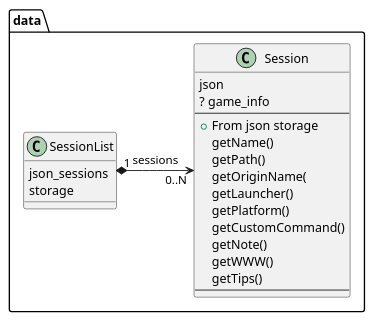
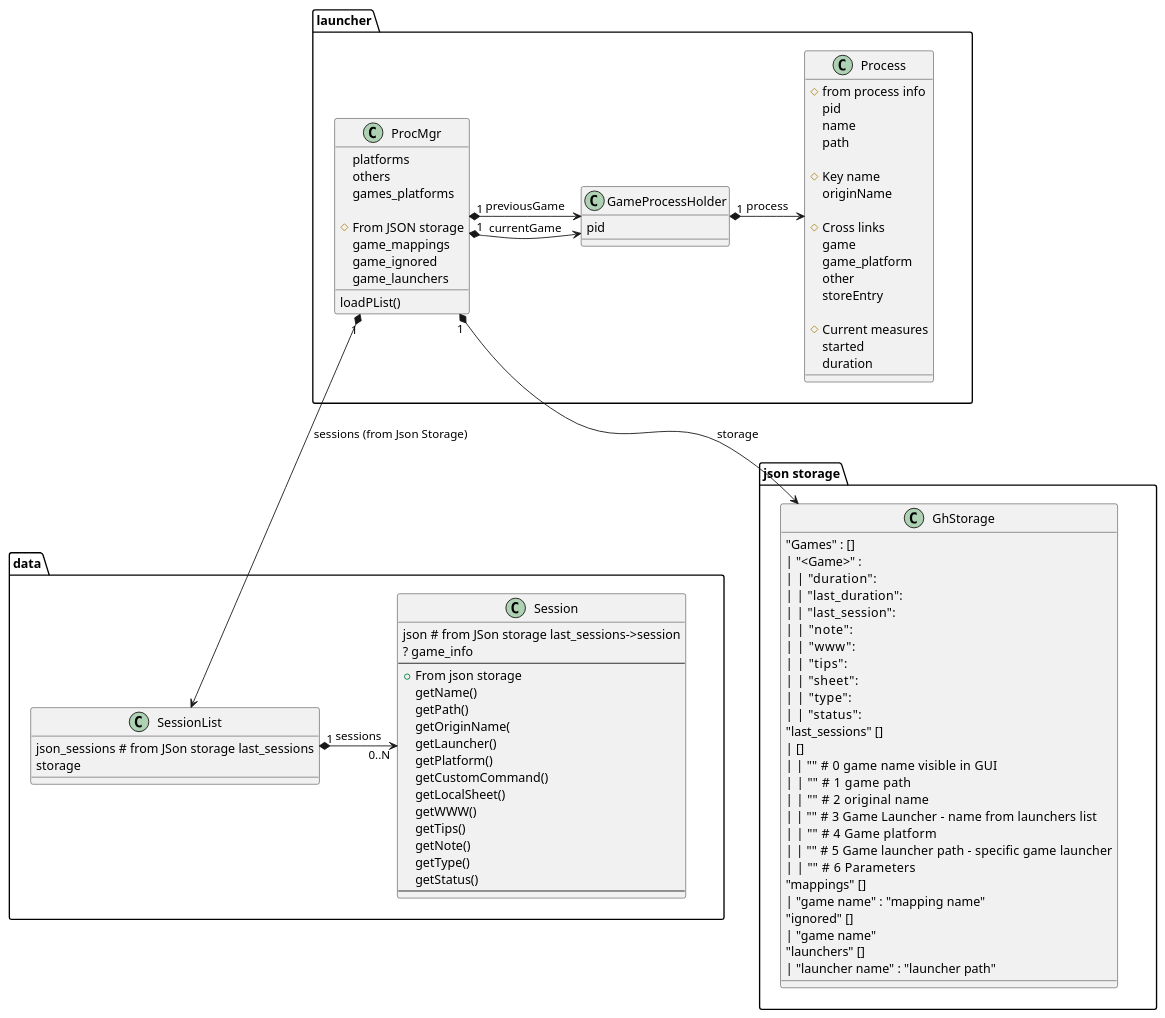
Before and after one commit to joetjo/jopLauncher: the diagram in Global.puml, drawn with PlantUML. The commit also changed 11 other files, not shown here.

```diff
--- a/Global.puml
+++ b/Global.puml
@@ -1,31 +1,113 @@
 @startuml
 'https://plantuml.com/class-diagram
+
+package "json storage" {
+    class GhStorage {
+    "Games" : []
+    | "<Game>" :
+    |  |  "duration":
+    |  |  "last_duration":
+    |  |  "last_session":
+    |  |  "note":
+    |  |  "www":
+    |  |  "tips":
+    |  |  "sheet":
+    |  |  "type":
+    |  |  "status":
+    "last_sessions" []
+    | []
+    |  | ""  # 0 game name visible in GUI
+    |  | ""  # 1 game path
+    |  | ""  # 2 original name
+    |  | ""  # 3 Game Launcher - name from launchers list
+    |  | ""  # 4 Game platform
+    |  | ""  # 5 Game launcher path - specific game launcher
+    |  | ""  # 6 Parameters
+    "mappings" []
+    | "game name" : "mapping name"
+    "ignored" []
+    | "game name"
+    "launchers" []
+    | "launcher name" : "launcher path"
+    }
+}
 
 package "data" {
 
 class Session {
-json
+json # from JSon storage last_sessions->session
 ? game_info
 ---
 + From json storage
 getName()
 getPath()
 getOriginName(
 getLauncher()
 getPlatform()
 getCustomCommand()
-getNote()
+getLocalSheet()
 getWWW()
 getTips()
+getNote()
+getType()
+getStatus()
 ---
 }
 
 class SessionList {
-json_sessions
+json_sessions # from JSon storage last_sessions
 storage
 }
 
 SessionList "1" *-> "0..N" Session : sessions
 }
 
+package "launcher" {
+    class ProcMgr {
+    platforms
+    others
+    games_platforms
+
+    # From JSON storage
+    game_mappings
+    game_ignored
+    game_launchers
+
+    loadPList()
+    }
+
+    ProcMgr "1" *-> GameProcessHolder : currentGame
+    ProcMgr "1" *-> GameProcessHolder : previousGame
+    ProcMgr "1" *-> GhStorage : storage
+    ProcMgr "1" *-> SessionList : sessions (from Json Storage)
+
+    class GameProcessHolder {
+        pid
+    }
+
+    GameProcessHolder "1" *-> Process : "process"
+    class Process {
+    # from process info
+        pid
+        name
+        path
+
+    # Key name
+        originName
+
+    # Cross links
+        game
+        game_platform
+        other
+        storeEntry
+
+    # Current measures
+        started
+        duration
+    }
+}
+
+launcher -[hidden]-> "json storage"
+launcher -[hidden]-> data
+
 @enduml
```
